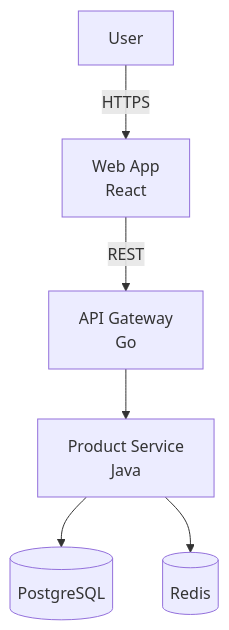
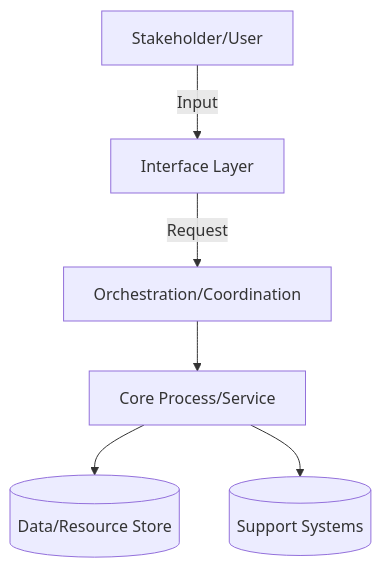
The diagram in Prompts/General/Roadmap/Handbook.md (ljg-cqu/knowledge), drawn with Mermaid before and after one commit. The commit also changed other lines of this file, not shown here.

````diff
--- a/Prompts/General/Roadmap/Handbook.md
+++ b/Prompts/General/Roadmap/Handbook.md
@@ -261,15 +261,15 @@
 ```mermaid
 graph TB
-    User[User]
-    Web[Web App<br/>React]
-    API[API Gateway<br/>Go]
-    Product[Product Service<br/>Java]
-    DB[(PostgreSQL)]
-    Cache[(Redis)]
+    Stakeholder[Stakeholder/User]
+    Interface[Interface Layer]
+    Orchestrator[Orchestration/Coordination]
+    Core[Core Process/Service]
+    Data[(Data/Resource Store)]
+    Support[(Support Systems)]
     
-    User -->|HTTPS| Web
-    Web -->|REST| API
-    API --> Product
-    Product --> DB
-    Product --> Cache
+    Stakeholder -->|Input| Interface
+    Interface -->|Request| Orchestrator
+    Orchestrator --> Core
+    Core --> Data
+    Core --> Support
 ```
````
